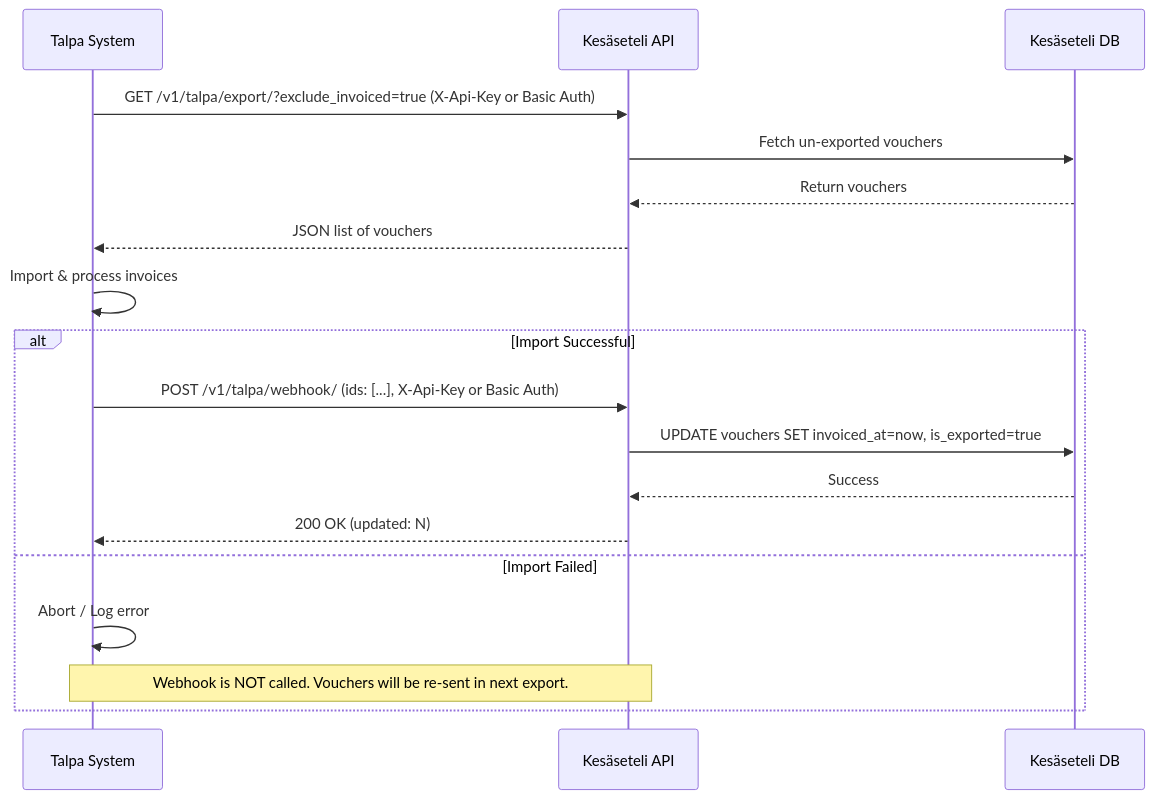
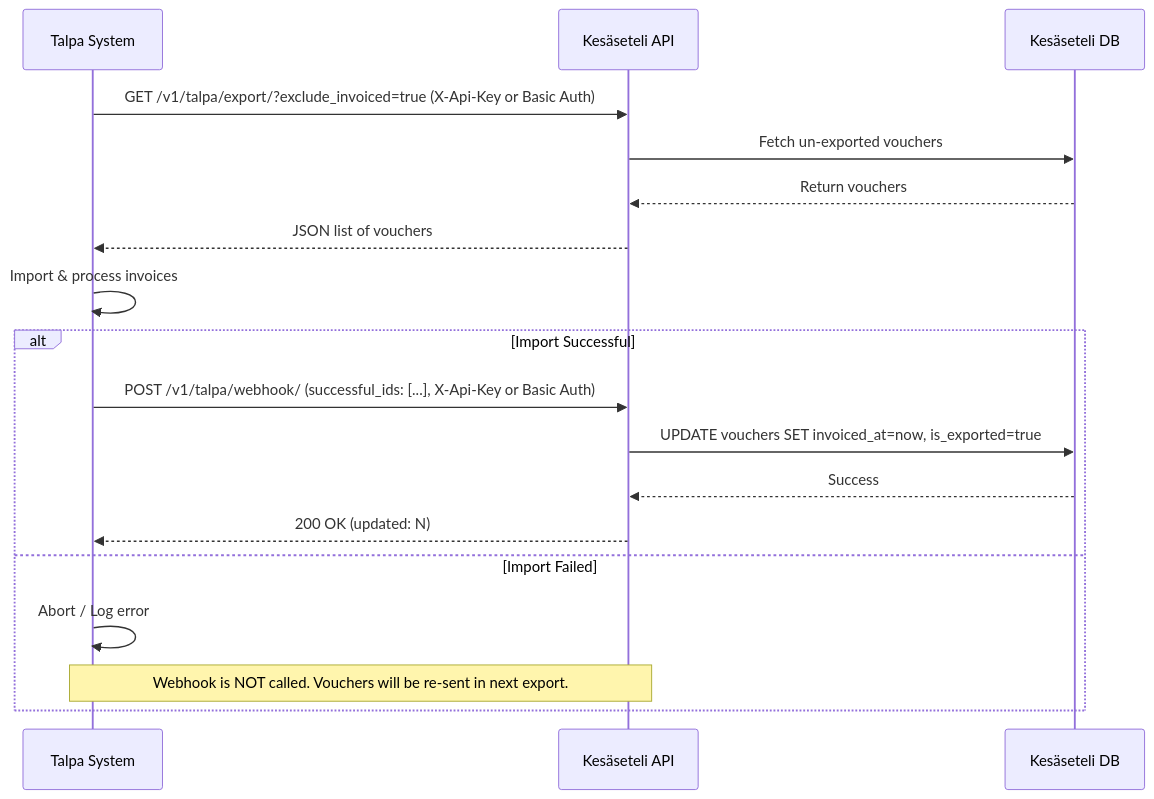
Before and after one commit to City-of-Helsinki/yjdh: the diagram in backend/kesaseteli/README.md, drawn with Mermaid.

Commit message:
docs(ks): fix Talpa webhook payload in README diagram
YJDH-954.

Update the Mermaid sequence diagram in the README to reflect the
correct webhook payload property 'successful_ids' instead of 'ids'.
This prevents confusion and incorrect implementations when
referencing the diagram.

````diff
--- a/backend/kesaseteli/README.md
+++ b/backend/kesaseteli/README.md
@@ -271,21 +271,21 @@
 ```mermaid
 sequenceDiagram
     participant Talpa as Talpa System
     participant KS as Kesäseteli API
     participant DB as Kesäseteli DB
 
     Talpa->>KS: GET /v1/talpa/export/?exclude_invoiced=true (X-Api-Key or Basic Auth)
     KS->>DB: Fetch un-exported vouchers
     DB-->>KS: Return vouchers
     KS-->>Talpa: JSON list of vouchers
     Talpa->>Talpa: Import & process invoices
     alt Import Successful
-        Talpa->>KS: POST /v1/talpa/webhook/ (ids: [...], X-Api-Key or Basic Auth)
+        Talpa->>KS: POST /v1/talpa/webhook/ (successful_ids: [...], X-Api-Key or Basic Auth)
         KS->>DB: UPDATE vouchers SET invoiced_at=now, is_exported=true
         DB-->>KS: Success
         KS-->>Talpa: 200 OK (updated: N)
     else Import Failed
         Talpa->>Talpa: Abort / Log error
         Note over Talpa, KS: Webhook is NOT called. Vouchers will be re-sent in next export.
     end
 ```
````
